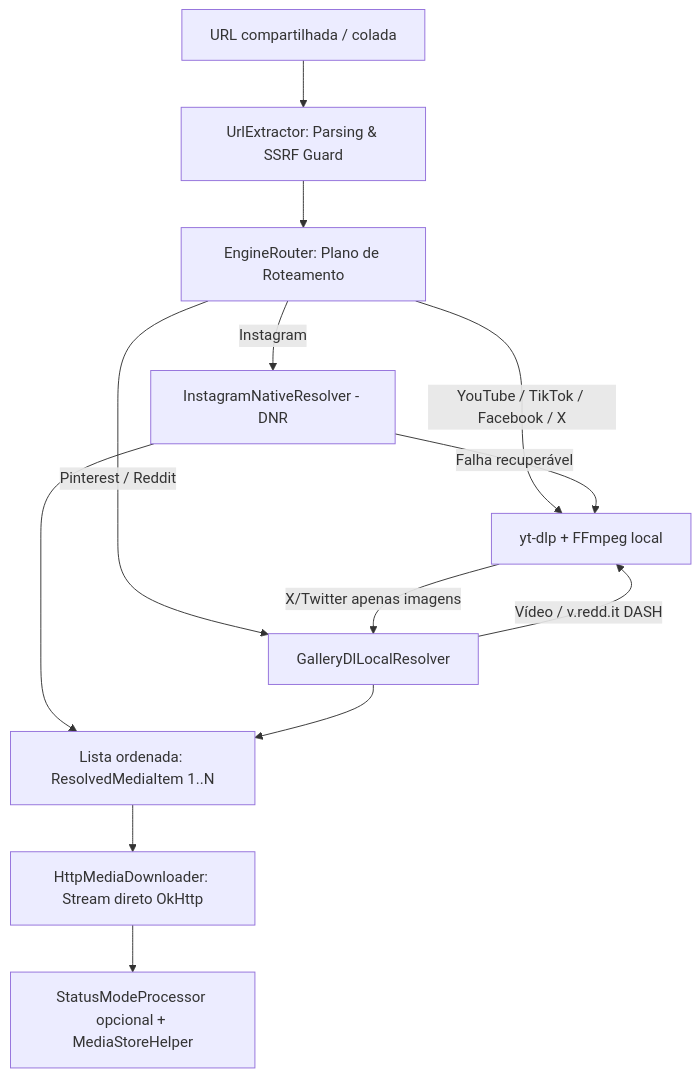
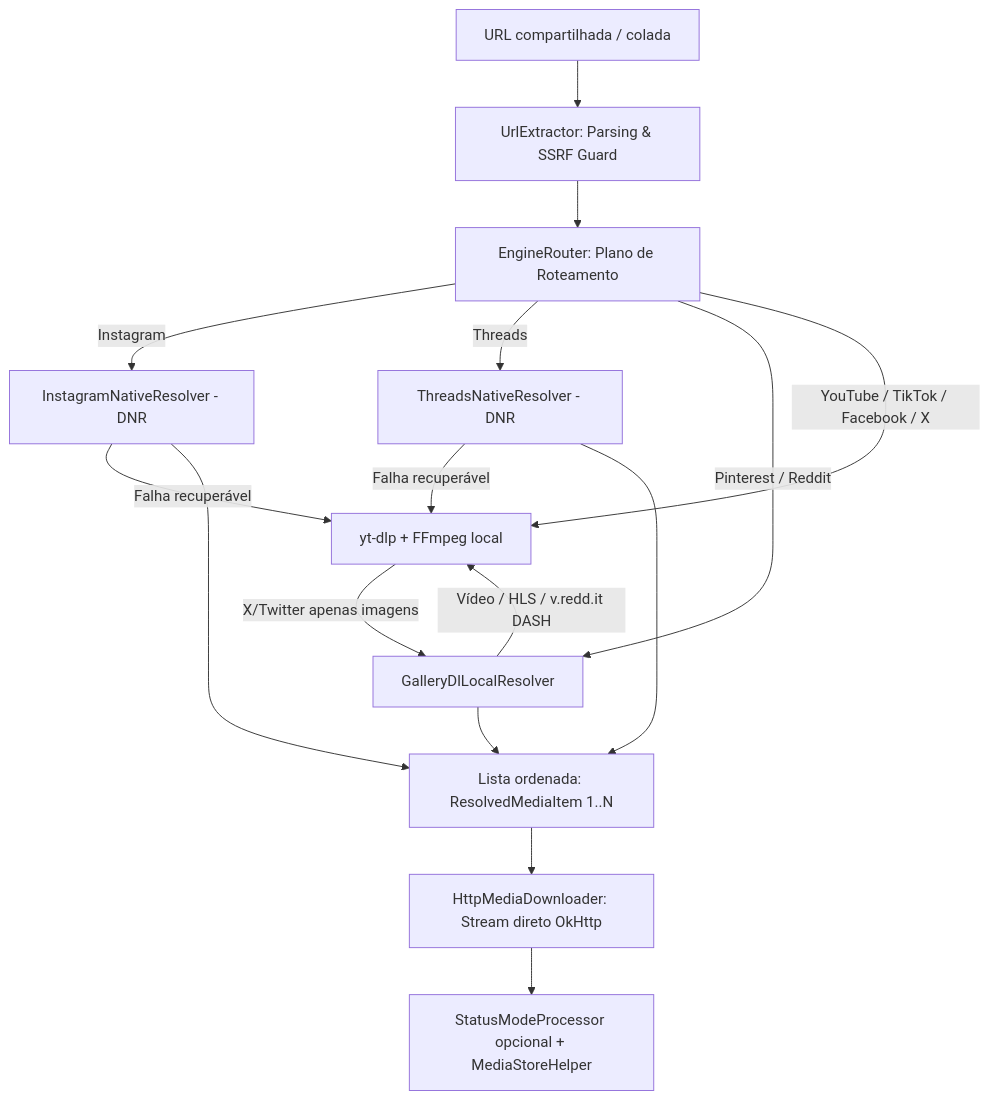
The diagram in docs/DNR-ARCHITECTURE.md (rafadgarcia/devwolf-downloader), drawn with Mermaid before and after one commit. The commit also changed other lines of this file and 46 other files, not shown here.

Commit message:
release(v3.0.0-rc.3): Pinterest video fix, TikTok extractor/runtime fix, Threads DNR, multi-platform sessions & 9-field diagnostics

````diff
--- a/docs/DNR-ARCHITECTURE.md
+++ b/docs/DNR-ARCHITECTURE.md
@@ -11,15 +11,18 @@
 ```mermaid
 flowchart TD
     A[URL compartilhada / colada] --> B[UrlExtractor: Parsing & SSRF Guard]
     B --> C[EngineRouter: Plano de Roteamento]
     C -->|Instagram| D[InstagramNativeResolver - DNR]
+    C -->|Threads| T[ThreadsNativeResolver - DNR]
     C -->|Pinterest / Reddit| E[GalleryDlLocalResolver]
     C -->|YouTube / TikTok / Facebook / X| F[yt-dlp + FFmpeg local]
     D -->|Falha recuperável| F
-    E -->|Vídeo / v.redd.it DASH| F
+    T -->|Falha recuperável| F
+    E -->|Vídeo / HLS / v.redd.it DASH| F
     F -->|X/Twitter apenas imagens| E
     D --> G[Lista ordenada: ResolvedMediaItem 1..N]
+    T --> G
     E --> G
     G --> H[HttpMediaDownloader: Stream direto OkHttp]
     H --> I[StatusModeProcessor opcional + MediaStoreHelper]
 ```
````
